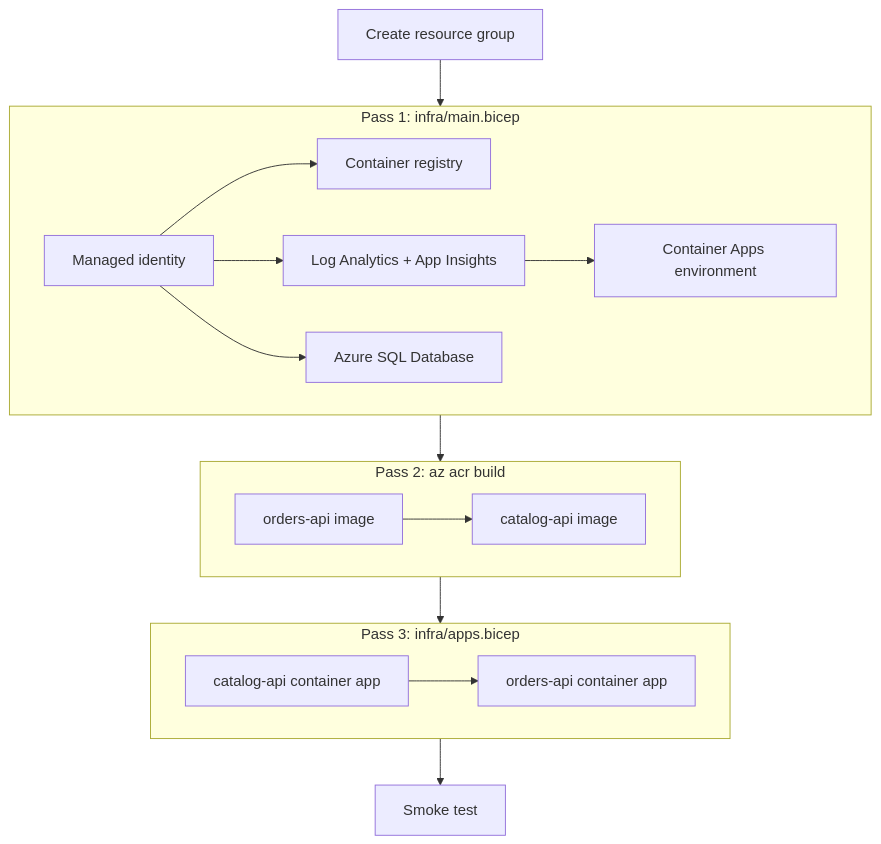
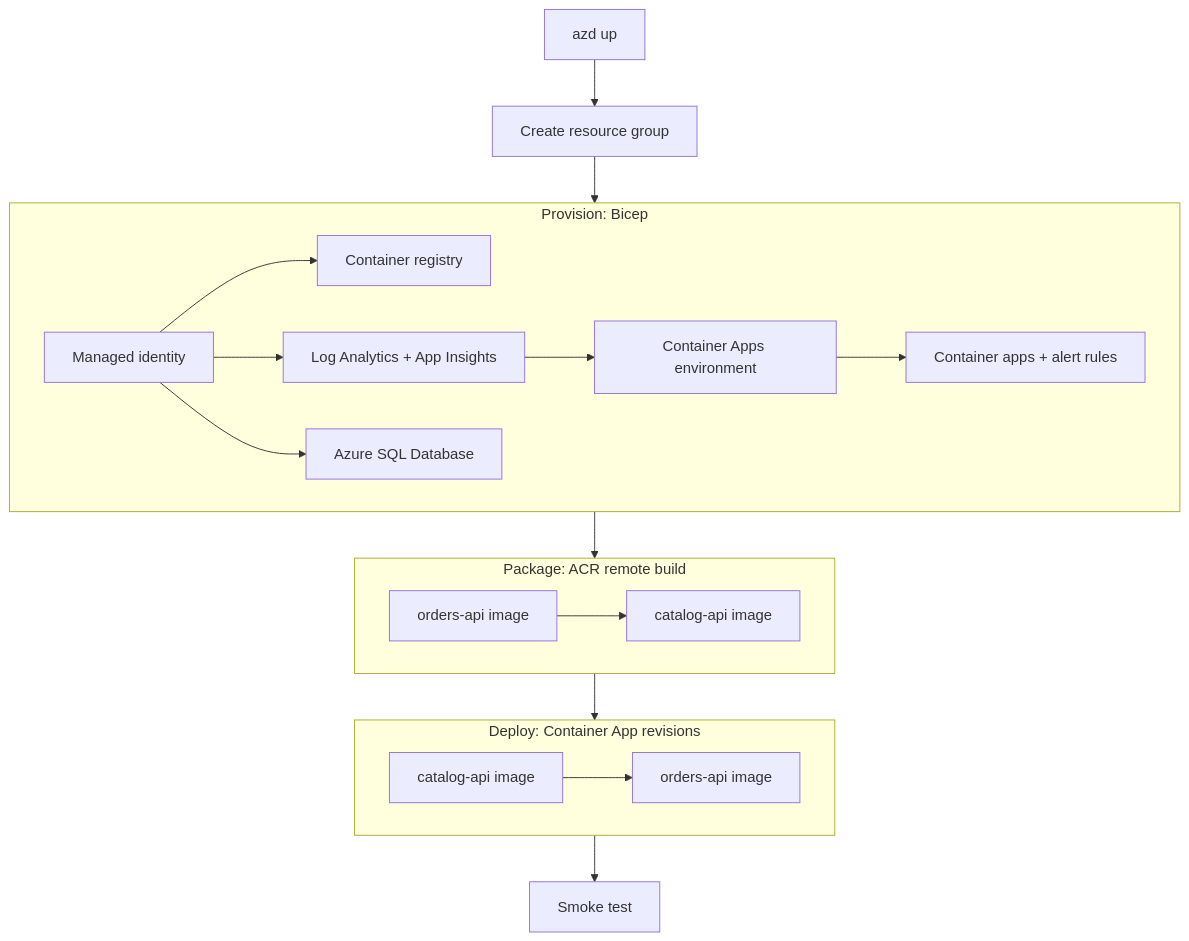
The diagram in docs/sre/03-deploy-infrastructure/index.md (charliekw411/sre-agent-workshop), drawn with Mermaid before and after one commit. The commit also changed other lines of this file and 14 other files, not shown here.

Commit message:
feat: add azd for infra provisioning

````diff
--- a/docs/sre/03-deploy-infrastructure/index.md
+++ b/docs/sre/03-deploy-infrastructure/index.md
@@ -38,19 +37,21 @@
 ```mermaid
 flowchart TD
-    P0[Create resource group] --> P1
-    subgraph P1["Pass 1: infra/main.bicep"]
+  AZD[azd up] --> P0[Create resource group]
+  P0 --> P1
+  subgraph P1["Provision: Bicep"]
         A[Managed identity] --> B[Container registry]
         A --> C[Log Analytics + App Insights]
         A --> D[Azure SQL Database]
         C --> E[Container Apps environment]
+    E --> H[Container apps + alert rules]
     end
     P1 --> P2
-    subgraph P2["Pass 2: az acr build"]
+  subgraph P2["Package: ACR remote build"]
         F[orders-api image] --> G[catalog-api image]
     end
     P2 --> P3
-    subgraph P3["Pass 3: infra/apps.bicep"]
-        H[catalog-api container app] --> I[orders-api container app]
+  subgraph P3["Deploy: Container App revisions"]
+    I[catalog-api image] --> J[orders-api image]
     end
     P3 --> V[Smoke test]
 ```
````
